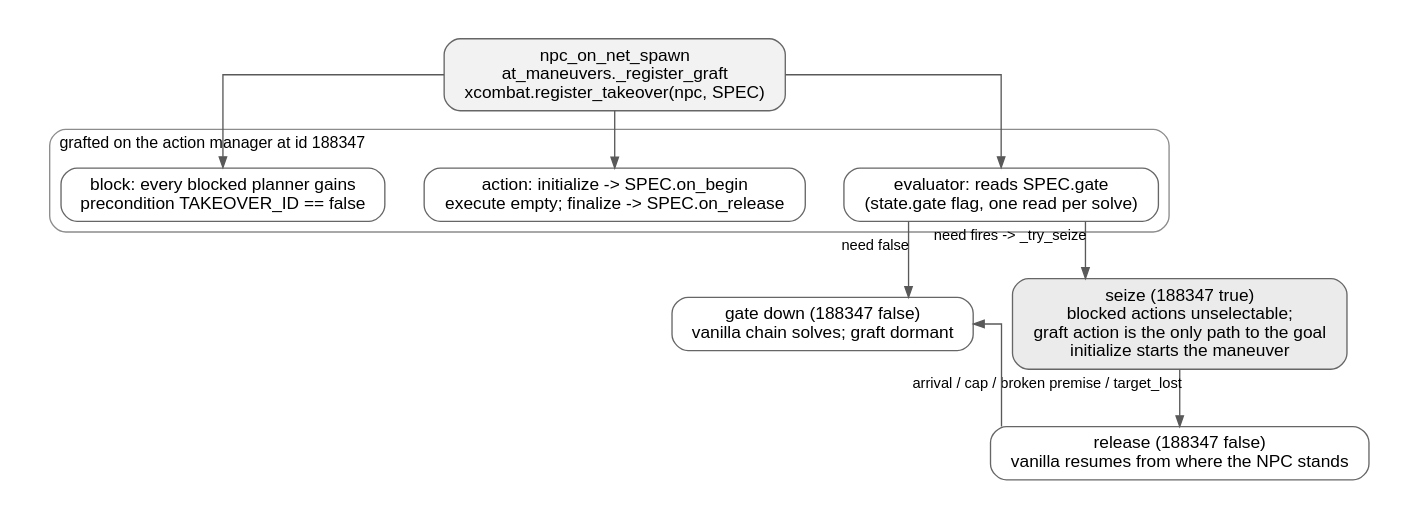
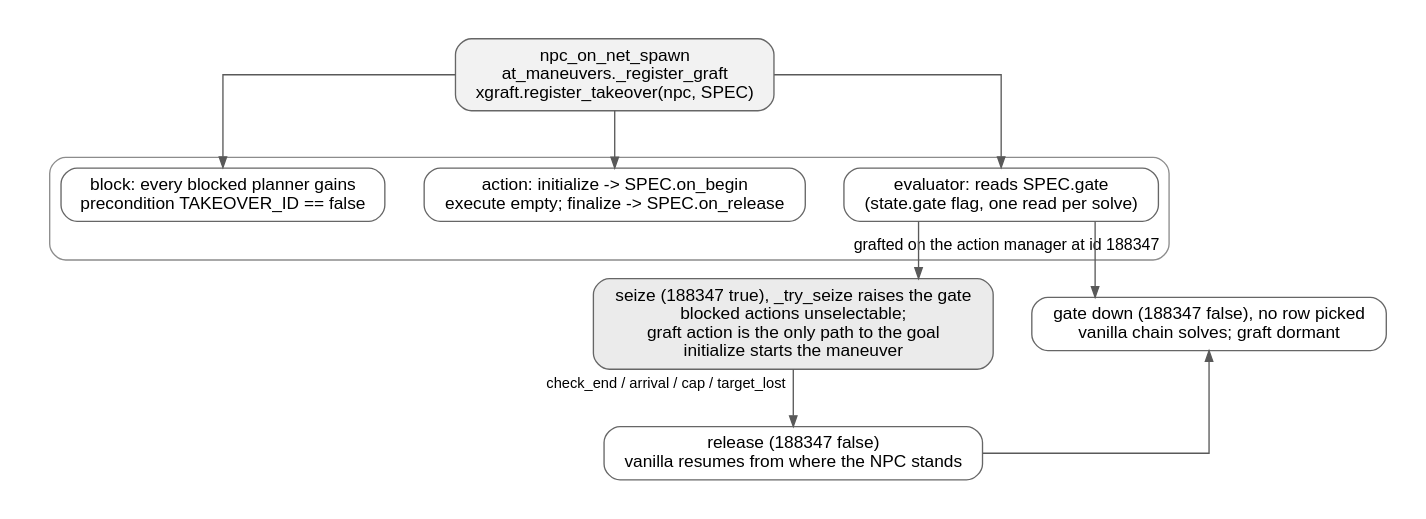
The diagram in doc/img/goap-graft.dot (damiansirbu-stalker/AlifeTactics), drawn with Graphviz before and after one commit. The commit also changed 9 other files, not shown here.

First line of the commit message:
docs(architecture): redraw the diagrams for mutants and the decision model

```diff
--- a/doc/img/goap-graft.dot
+++ b/doc/img/goap-graft.dot
@@ -1,39 +1,42 @@
 digraph at_goap_graft {
-    // C4 level 3: the takeover control point. xcombat grafts one evaluator+action at the
+    // C4 level 3: the takeover control point. xgraft grafts one evaluator+action at the
     // reserved id TAKEOVER_ID (188347) into every stalker's motivation manager at spawn.
     rankdir=TB
     splines=ortho
     pad=0.3
     nodesep=0.4
     ranksep=0.6
     graph [fontname="Arial", fontsize=15]
     node  [shape=box, style="rounded,filled", fillcolor=white,
            color=gray40, fontname="Arial", fontsize=13, margin="0.15,0.09"]
     edge  [fontname="Arial", fontsize=11, color=gray35, arrowsize=0.8]
 
-    spawn [label="npc_on_net_spawn\nat_maneuvers._register_graft\nxcombat.register_takeover(npc, SPEC)", fillcolor=gray95]
+    spawn [label="npc_on_net_spawn\nat_maneuvers._register_graft\nxgraft.register_takeover(npc, SPEC)", fillcolor=gray95]
 
     subgraph cluster_graft {
         label="grafted on the action manager at id 188347"
-        labeljust=l
+        labeljust=r
+        labelloc=b
         fontname="Arial"
         fontsize=12
         style=rounded
         color=gray55
         eva [label="evaluator: reads SPEC.gate\n(state.gate flag, one read per solve)"]
         act [label="action: initialize -> SPEC.on_begin\nexecute empty; finalize -> SPEC.on_release"]
         blk [label="block: every blocked planner gains\nprecondition TAKEOVER_ID == false"]
     }
 
-    down  [label="gate down (188347 false)\nvanilla chain solves; graft dormant"]
-    seize [label="seize (188347 true)\nblocked actions unselectable;\ngraft action is the only path to the goal\ninitialize starts the maneuver", fillcolor=gray92]
+    down  [label="gate down (188347 false), no row picked\nvanilla chain solves; graft dormant"]
+    seize [label="seize (188347 true), _try_seize raises the gate\nblocked actions unselectable;\ngraft action is the only path to the goal\ninitialize starts the maneuver", fillcolor=gray92]
     rel   [label="release (188347 false)\nvanilla resumes from where the NPC stands"]
 
     spawn -> eva
     spawn -> act
     spawn -> blk
-    eva -> down  [xlabel="need false"]
-    eva -> seize [xlabel="need fires -> _try_seize"]
-    seize -> rel [xlabel="arrival / cap / broken premise / target_lost"]
+    eva -> down
+    eva -> seize
+    seize -> rel [xlabel="  check_end / arrival / cap / target_lost  "]
     rel -> down  [constraint=false]
+    {rank=same; seize; down}
+    seize -> down [style=invis]
 }
```
